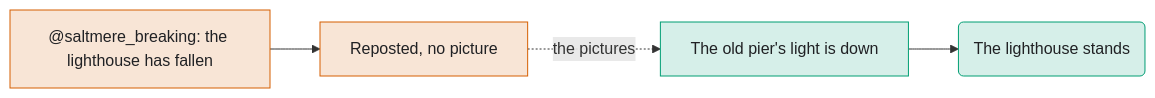
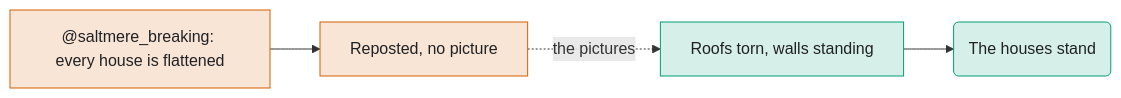
The diagram in scripts/example_notes/3-claims.md (OsintMeThat/azimut), drawn with Mermaid before and after one commit. The commit also changed other lines of this file and 11 other files, not shown here.

Commit message:
Show no landmark in the example case and have every photograph say where it was really taken where it shows: an unremarkable NOAA stretch under the maps, a house in place of the lighthouse, names on hulls blurred, and each caption, label and credit line an illustration's

````diff
--- a/scripts/example_notes/3-claims.md
+++ b/scripts/example_notes/3-claims.md
@@ -38,16 +38,16 @@
 ```mermaid
 flowchart LR
-  n1["@saltmere_breaking: the lighthouse has fallen"]
+  n1["@saltmere_breaking: every house is flattened"]
   n2["Reposted, no picture"]
-  n3["The old pier's light is down"]
-  n4("The lighthouse stands")
+  n3["Roofs torn, walls standing"]
+  n4("The houses stand")
   n1 --> n2
   n2 -.->|"the pictures"| n3
   n3 --> n4
   classDef c1 fill:#f8e5d6,stroke:#d55e00,color:#202124
   classDef c2 fill:#d6efe9,stroke:#009e73,color:#202124
   class n1,n2 c1
   class n3,n4 c2
   %% legend c1: Claim
   %% legend c2: What the pictures show
 ```
````
